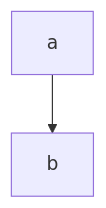
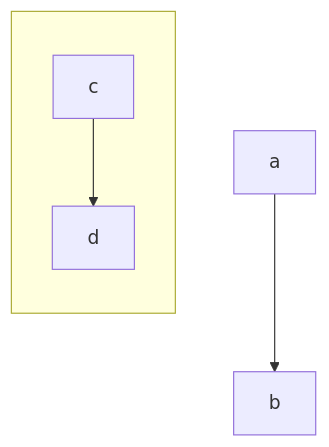
One commit to NimalAthith/LetSpringBoot changed the diagram in Readme.md. Above: the diagram before and after it, drawn with Mermaid. The commit also changed other lines of this file, not shown here.

````diff
--- a/Readme.md
+++ b/Readme.md
@@ -5,4 +5,9 @@
 ```mermaid
 flowchart TD;
 a-->b
+
+subgraph e[" "]
+direction TB
+c --> d
+end
 ```
````
